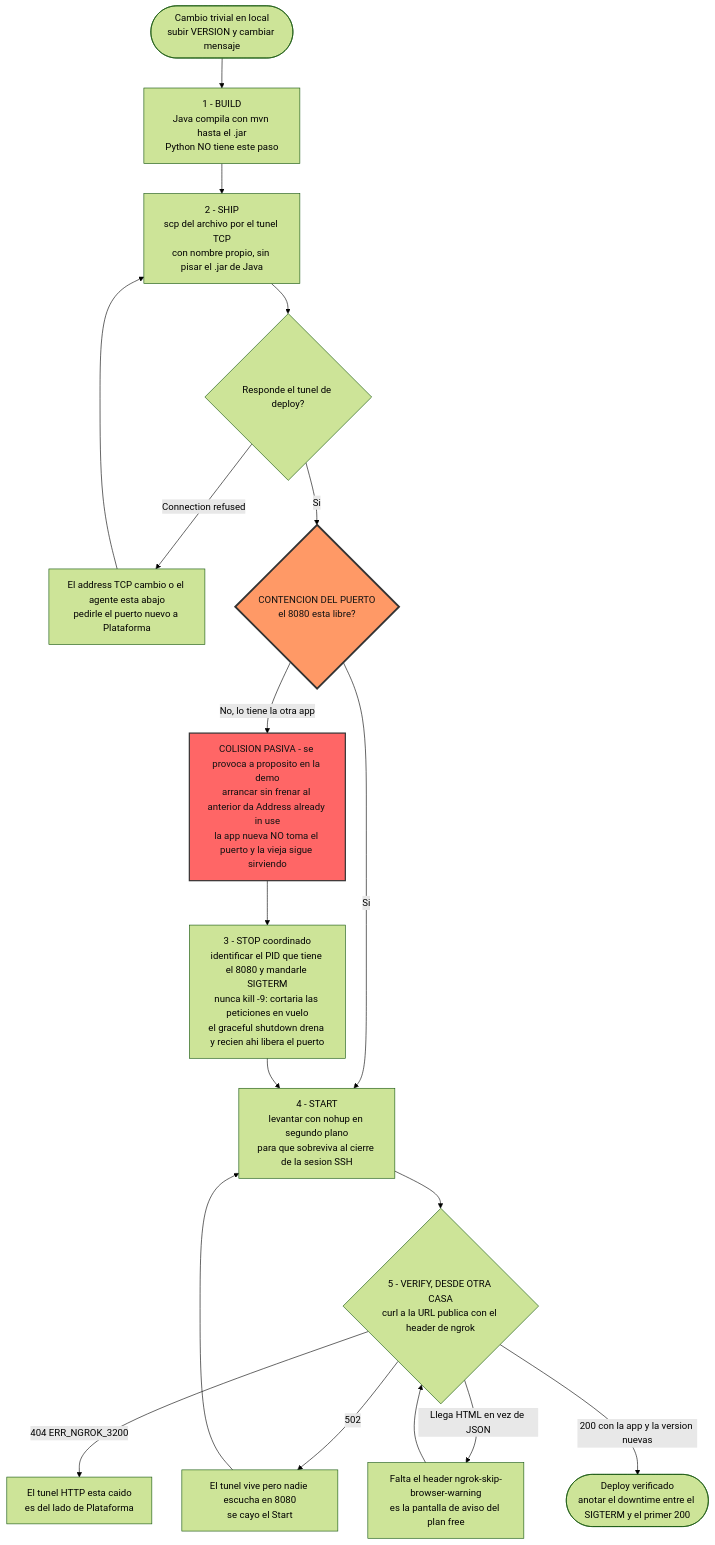
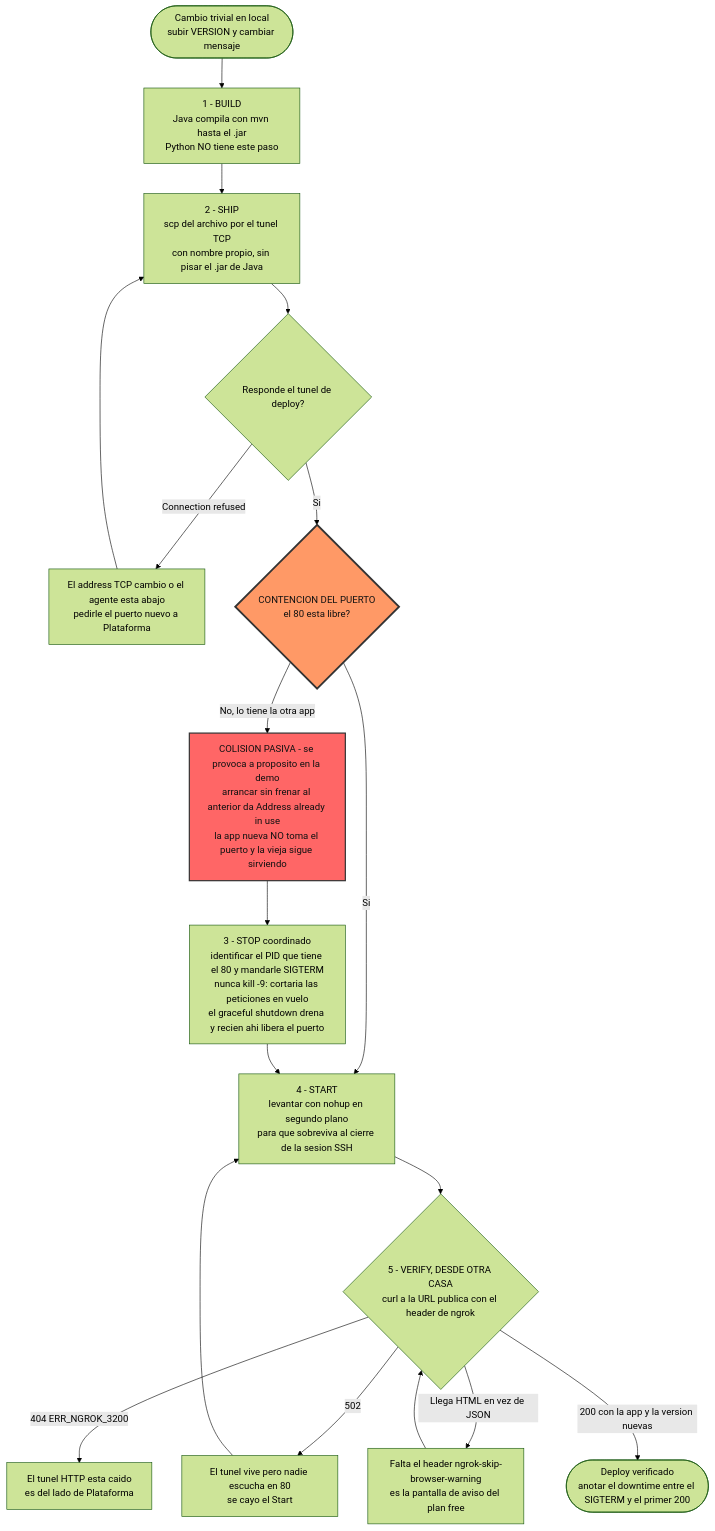
One commit to mnomico/sdypp_tarea changed the second of 2 diagrams in README.md. Above: the diagram before and after it, drawn with Mermaid (forest theme). The commit also changed other lines of this file and 1 other file, not shown here.

Commit message:
Agrego las 3 propuesta de mejoras y corrijo puerto al 80

````diff
--- a/README.md
+++ b/README.md
@@ -100,32 +100,32 @@
 ```mermaid
 flowchart TD
     START(["Cambio trivial en local<br/>subir VERSION y cambiar mensaje"]) --> BUILD
     BUILD["1 - BUILD<br/>Java compila con mvn hasta el .jar<br/>Python NO tiene este paso"] --> SHIP
     SHIP["2 - SHIP<br/>scp del archivo por el tunel TCP<br/>con nombre propio, sin pisar el .jar de Java"] --> TUNEL
 
     TUNEL{"Responde el tunel de deploy?"}
     TUNEL -->|"Connection refused"| CAIDO["El address TCP cambio o el agente esta abajo<br/>pedirle el puerto nuevo a Plataforma"]
     CAIDO --> SHIP
     TUNEL -->|"Si"| CHECK
 
-    CHECK{"CONTENCION DEL PUERTO<br/>el 8080 esta libre?"}
+    CHECK{"CONTENCION DEL PUERTO<br/>el 80 esta libre?"}
     CHECK -->|"No, lo tiene la otra app"| COLISION
     CHECK -->|"Si"| STARTP
 
     COLISION["COLISION PASIVA - se provoca a proposito en la demo<br/>arrancar sin frenar al anterior da Address already in use<br/>la app nueva NO toma el puerto y la vieja sigue sirviendo"] --> STOP
 
-    STOP["3 - STOP coordinado<br/>identificar el PID que tiene el 8080 y mandarle SIGTERM<br/>nunca kill -9: cortaria las peticiones en vuelo<br/>el graceful shutdown drena y recien ahi libera el puerto"] --> STARTP
+    STOP["3 - STOP coordinado<br/>identificar el PID que tiene el 80 y mandarle SIGTERM<br/>nunca kill -9: cortaria las peticiones en vuelo<br/>el graceful shutdown drena y recien ahi libera el puerto"] --> STARTP
 
     STARTP["4 - START<br/>levantar con nohup en segundo plano<br/>para que sobreviva al cierre de la sesion SSH"] --> VERIFY
 
     VERIFY{"5 - VERIFY, DESDE OTRA CASA<br/>curl a la URL publica con el header de ngrok"}
     VERIFY -->|"404 ERR_NGROK_3200"| E404["El tunel HTTP esta caido<br/>es del lado de Plataforma"]
-    VERIFY -->|"502"| E502["El tunel vive pero nadie escucha en 8080<br/>se cayo el Start"]
+    VERIFY -->|"502"| E502["El tunel vive pero nadie escucha en 80<br/>se cayo el Start"]
     E502 --> STARTP
     VERIFY -->|"Llega HTML en vez de JSON"| EHTML["Falta el header ngrok-skip-browser-warning<br/>es la pantalla de aviso del plan free"]
     EHTML --> VERIFY
     VERIFY -->|"200 con la app y la version nuevas"| OK(["Deploy verificado<br/>anotar el downtime entre el SIGTERM y el primer 200"])
 
     style CHECK fill:#f96,stroke:#333,stroke-width:3px,color:#111
     style COLISION fill:#f66,stroke:#333,stroke-width:2px,color:#111
 ```
````
